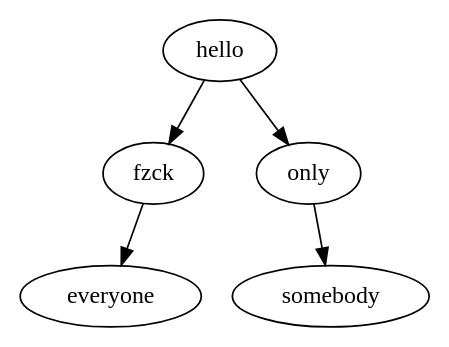
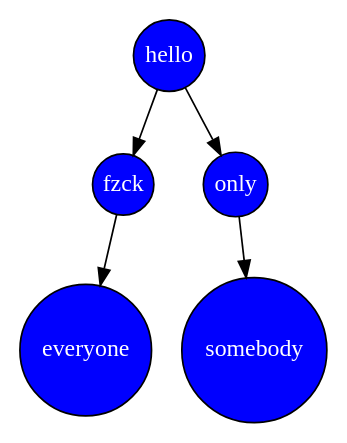
Before and after one commit to slevinsps/tisd: the diagram in lab6/test.gv, drawn with Graphviz. The commit also changed 6 other files, not shown here.

```diff
--- a/lab6/test.gv
+++ b/lab6/test.gv
@@ -1,6 +1,7 @@
 digraph test_tree {
+node [shape="circle", style="filled", fillcolor="blue", fontcolor="#FFFFFF", margin="0.01"];
 hello -> fzck;
 hello -> only;
 fzck -> everyone;
 only -> somebody;
 }
```
